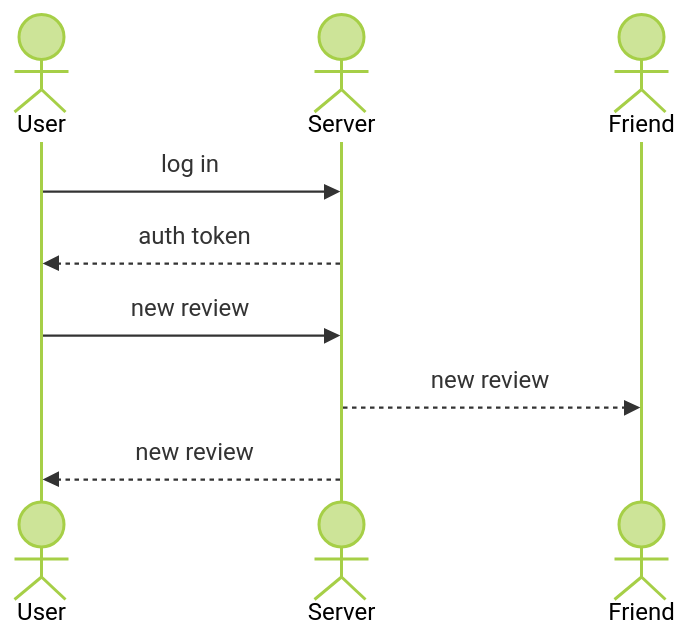
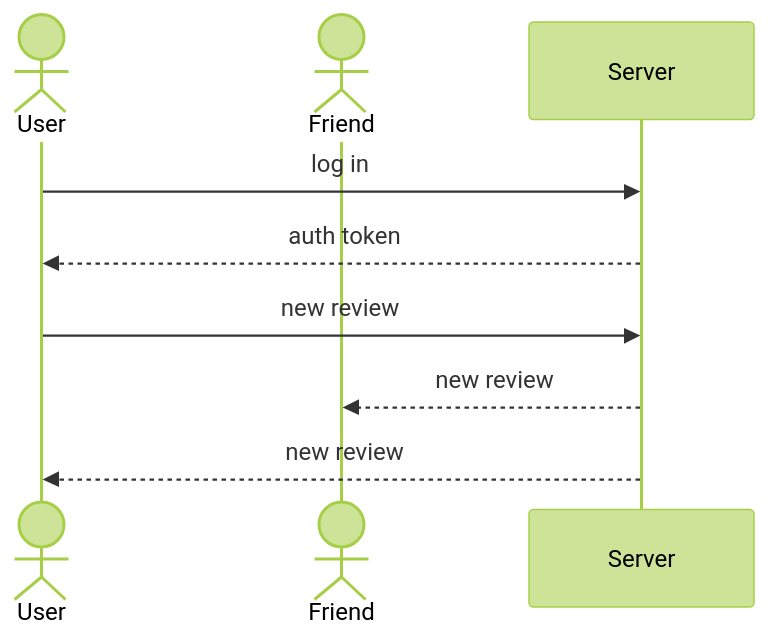
One commit to rolfslau/startup changed the diagram in README.md. Above: the diagram before and after it, drawn with Mermaid (forest theme).

Commit message:
edited mermaid diagram

````diff
--- a/README.md
+++ b/README.md
@@ -41,11 +41,10 @@
 ```mermaid
 sequenceDiagram
     actor User
-    actor Server
     actor Friend
     User->>Server: log in
     Server -->>User: auth token
     User->>Server: new review
     Server -->>Friend: new review
     Server -->>User: new review
 ```
````
